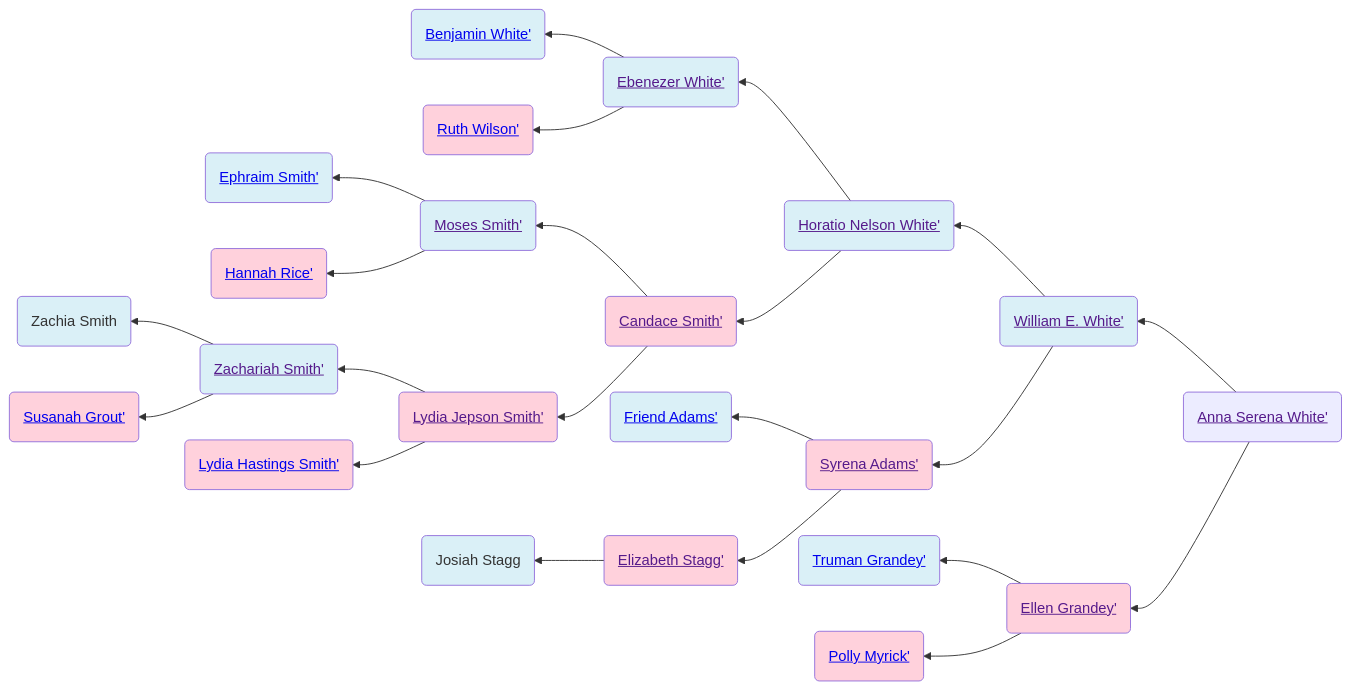
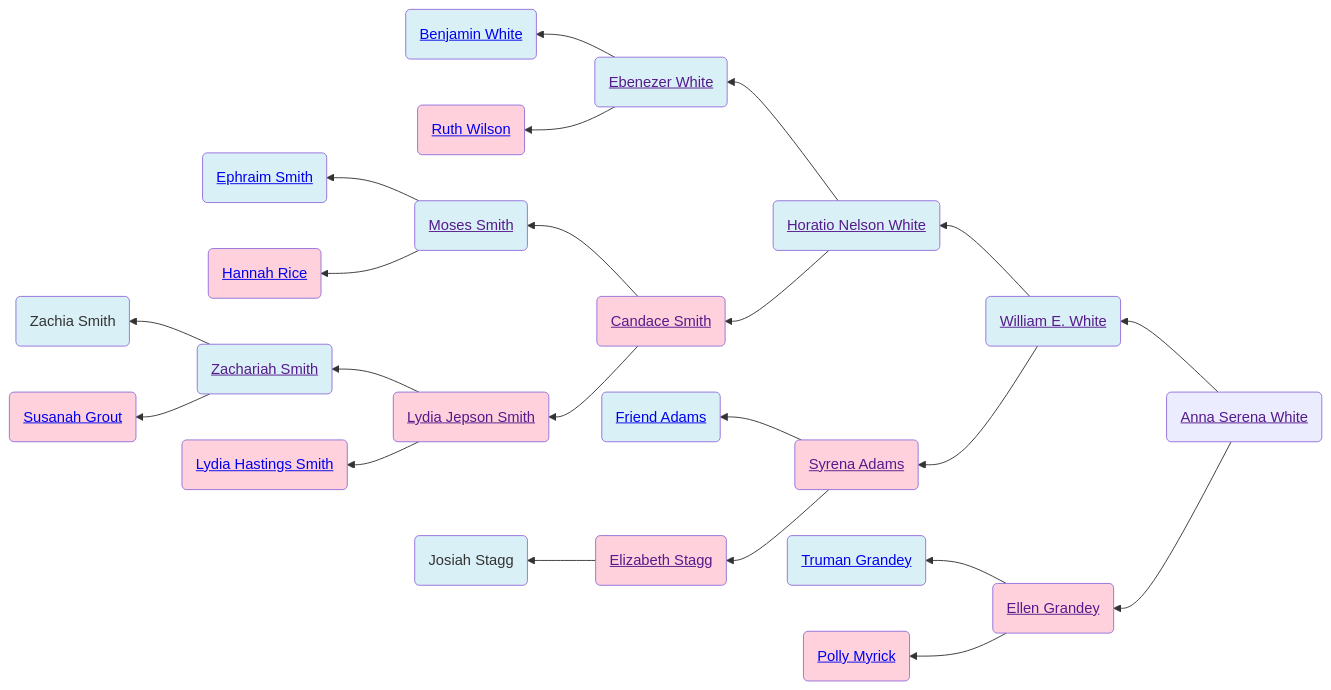
One commit to neelsmith/avocational changed the first of 2 diagrams in familyhistory/sources/people/Merrill-line/White-line/Anna_Serena_White.qmd. Above: the diagram before and after it, drawn with Mermaid. The commit also changed other lines of this file and 96 other files, not shown here.

````diff
--- a/familyhistory/sources/people/Merrill-line/White-line/Anna_Serena_White.qmd
+++ b/familyhistory/sources/people/Merrill-line/White-line/Anna_Serena_White.qmd
@@ -26,50 +26,50 @@
 ```{mermaid}
 graph RL
 %% RL ancestor diagram
-Anna_Serena_White(<a href=''>Anna Serena White'</>) -->  William_E._White(<a href='./William_E._White.html'>William E. White'</>)
-William_E._White(<a href=''>William E. White'</>) -->  Horatio_Nelson_White(<a href='./Horatio_Nelson_White.html'>Horatio Nelson White'</>)
-Horatio_Nelson_White(<a href=''>Horatio Nelson White'</>) -->  Ebenezer_White(<a href='./Ebenezer_White.html'>Ebenezer White'</>)
-Ebenezer_White(<a href=''>Ebenezer White'</>) -->  Benjamin_White(<a href='./Benjamin_White.html'>Benjamin White'</>)
+Anna_Serena_White(<a href=''>Anna Serena White</a>) -->  William_E._White(<a href='./William_E._White.html'>William E. White</a>)
+William_E._White(<a href=''>William E. White</a>) -->  Horatio_Nelson_White(<a href='./Horatio_Nelson_White.html'>Horatio Nelson White</a>)
+Horatio_Nelson_White(<a href=''>Horatio Nelson White</a>) -->  Ebenezer_White(<a href='./Ebenezer_White.html'>Ebenezer White</a>)
+Ebenezer_White(<a href=''>Ebenezer White</a>) -->  Benjamin_White(<a href='./Benjamin_White.html'>Benjamin White</a>)
 class Benjamin_White father
-Ebenezer_White(<a href=''>Ebenezer White'</>)  --> Ruth_Wilson(<a href='./Wilson-line/Ruth_Wilson.html'>Ruth Wilson'</>)
+Ebenezer_White(<a href=''>Ebenezer White</a>)  --> Ruth_Wilson(<a href='./Wilson-line/Ruth_Wilson.html'>Ruth Wilson</a>)
 class Ruth_Wilson mother
 class Ebenezer_White father
-Horatio_Nelson_White(<a href=''>Horatio Nelson White'</>)  --> Candace_Smith(<a href='./Candace-Smith-line/Candace_Smith.html'>Candace Smith'</>)
-Candace_Smith(<a href=''>Candace Smith'</>) -->  Moses_Smith(<a href='./../../../Moses_Smith_connections/Moses_Smith.html'>Moses Smith'</>)
-Moses_Smith(<a href=''>Moses Smith'</>) -->  Ephraim_Smith(<a href='./../Merrill-line/White-line/Candace-Smith-line/Ephraim_Smith.html'>Ephraim Smith'</>)
+Horatio_Nelson_White(<a href=''>Horatio Nelson White</a>)  --> Candace_Smith(<a href='./Candace-Smith-line/Candace_Smith.html'>Candace Smith</a>)
+Candace_Smith(<a href=''>Candace Smith</a>) -->  Moses_Smith(<a href='./../../../Moses_Smith_connections/Moses_Smith.html'>Moses Smith</a>)
+Moses_Smith(<a href=''>Moses Smith</a>) -->  Ephraim_Smith(<a href='./../Merrill-line/White-line/Candace-Smith-line/Ephraim_Smith.html'>Ephraim Smith</a>)
 class Ephraim_Smith father
-Moses_Smith(<a href=''>Moses Smith'</>)  --> Hannah_Rice(<a href='./../Merrill-line/White-line/Candace-Smith-line/Hannah_Rice.html'>Hannah Rice'</>)
+Moses_Smith(<a href=''>Moses Smith</a>)  --> Hannah_Rice(<a href='./../Merrill-line/White-line/Candace-Smith-line/Hannah_Rice.html'>Hannah Rice</a>)
 class Hannah_Rice mother
 class Moses_Smith father
-Candace_Smith(<a href=''>Candace Smith'</>)  --> Lydia_Jepson_Smith(<a href='./Lydia_Jepson_Smith.html'>Lydia Jepson Smith'</>)
-Lydia_Jepson_Smith(<a href=''>Lydia Jepson Smith'</>) -->  Zachariah_Smith(<a href='./Zachariah_Smith.html'>Zachariah Smith'</>)
-Zachariah_Smith(<a href=''>Zachariah Smith'</>) -->  Zachia_Smith(Zachia Smith)
+Candace_Smith(<a href=''>Candace Smith</a>)  --> Lydia_Jepson_Smith(<a href='./Lydia_Jepson_Smith.html'>Lydia Jepson Smith</a>)
+Lydia_Jepson_Smith(<a href=''>Lydia Jepson Smith</a>) -->  Zachariah_Smith(<a href='./Zachariah_Smith.html'>Zachariah Smith</a>)
+Zachariah_Smith(<a href=''>Zachariah Smith</a>) -->  Zachia_Smith(Zachia Smith)
 class Zachia_Smith father
-Zachariah_Smith(<a href=''>Zachariah Smith'</>)  --> Susanah_Grout(<a href='./../../Susanah_Grout.html'>Susanah Grout'</>)
+Zachariah_Smith(<a href=''>Zachariah Smith</a>)  --> Susanah_Grout(<a href='./../../Susanah_Grout.html'>Susanah Grout</a>)
 class Susanah_Grout mother
 class Zachariah_Smith father
-Lydia_Jepson_Smith(<a href=''>Lydia Jepson Smith'</>)  --> Lydia_Hastings_Smith(<a href='./Lydia_Hastings_Smith.html'>Lydia Hastings Smith'</>)
+Lydia_Jepson_Smith(<a href=''>Lydia Jepson Smith</a>)  --> Lydia_Hastings_Smith(<a href='./Lydia_Hastings_Smith.html'>Lydia Hastings Smith</a>)
 class Lydia_Hastings_Smith mother
 class Lydia_Jepson_Smith mother
 class Candace_Smith mother
 class Horatio_Nelson_White father
-William_E._White(<a href=''>William E. White'</>)  --> Syrena_Adams(<a href='./Syrena_Adams.html'>Syrena Adams'</>)
-Syrena_Adams(<a href=''>Syrena Adams'</>) -->  Friend_Adams(<a href='./Friend_Adams.html'>Friend Adams'</>)
+William_E._White(<a href=''>William E. White</a>)  --> Syrena_Adams(<a href='./Syrena_Adams.html'>Syrena Adams</a>)
+Syrena_Adams(<a href=''>Syrena Adams</a>) -->  Friend_Adams(<a href='./Friend_Adams.html'>Friend Adams</a>)
 class Friend_Adams father
-Syrena_Adams(<a href=''>Syrena Adams'</>)  --> Elizabeth_Stagg(<a href='./Elizabeth_Stagg.html'>Elizabeth Stagg'</>)
-Elizabeth_Stagg(<a href=''>Elizabeth Stagg'</>) -->  Josiah_Stagg(Josiah Stagg)
+Syrena_Adams(<a href=''>Syrena Adams</a>)  --> Elizabeth_Stagg(<a href='./Elizabeth_Stagg.html'>Elizabeth Stagg</a>)
+Elizabeth_Stagg(<a href=''>Elizabeth Stagg</a>) -->  Josiah_Stagg(Josiah Stagg)
 class Josiah_Stagg father
 class Elizabeth_Stagg mother
 class Syrena_Adams mother
 class William_E._White father
-Anna_Serena_White(<a href=''>Anna Serena White'</>)  --> Ellen_Grandey(<a href='./../Grandey-line/Ellen_Grandey.html'>Ellen Grandey'</>)
-Ellen_Grandey(<a href=''>Ellen Grandey'</>) -->  Truman_Grandey(<a href='./Truman_Grandey.html'>Truman Grandey'</>)
+Anna_Serena_White(<a href=''>Anna Serena White</a>)  --> Ellen_Grandey(<a href='./../Grandey-line/Ellen_Grandey.html'>Ellen Grandey</a>)
+Ellen_Grandey(<a href=''>Ellen Grandey</a>) -->  Truman_Grandey(<a href='./Truman_Grandey.html'>Truman Grandey</a>)
 class Truman_Grandey father
-Ellen_Grandey(<a href=''>Ellen Grandey'</>)  --> Polly_Myrick(<a href='./../White-line/Grandey/Polly_Myrick.html'>Polly Myrick'</>)
+Ellen_Grandey(<a href=''>Ellen Grandey</a>)  --> Polly_Myrick(<a href='./../White-line/Grandey/Polly_Myrick.html'>Polly Myrick</a>)
 class Polly_Myrick mother
 class Ellen_Grandey mother
 classDef mother fill:#ffd1dc
 classDef father fill:#daf0f7  
 classDef marriage fill:#ffffff
 
 ```
````
